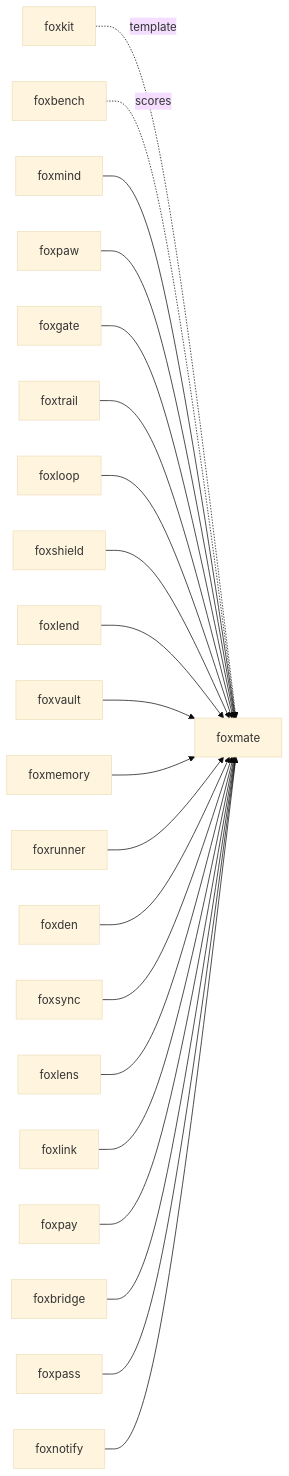
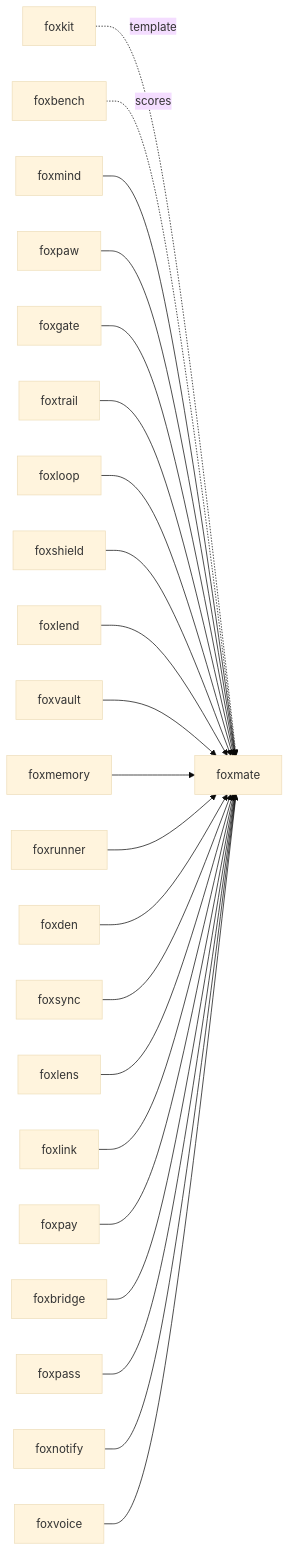
Before and after one commit to pooriaarab/foxmate: the third of 3 diagrams in README.md, drawn with Mermaid (base theme). The commit also changed other lines of this file and 16 other files, not shown here.

````diff
--- a/README.md
+++ b/README.md
@@ -470,44 +488,46 @@
 ```mermaid
 flowchart LR
   foxkit[foxkit] -.->|template| foxmate
   foxbench[foxbench] -.->|scores| foxmate
   foxmind[foxmind] --> foxmate[foxmate]
   foxpaw[foxpaw] --> foxmate
   foxgate[foxgate] --> foxmate
   foxtrail[foxtrail] --> foxmate
   foxloop[foxloop] --> foxmate
   foxshield[foxshield] --> foxmate
   foxlend[foxlend] --> foxmate
   foxvault[foxvault] --> foxmate
   foxmemory[foxmemory] --> foxmate
   foxrunner[foxrunner] --> foxmate
   foxden[foxden] --> foxmate
   foxsync[foxsync] --> foxmate
   foxlens[foxlens] --> foxmate
   foxlink[foxlink] --> foxmate
   foxpay[foxpay] --> foxmate
   foxbridge[foxbridge] --> foxmate
   foxpass[foxpass] --> foxmate
   foxnotify[foxnotify] --> foxmate
+  foxvoice[foxvoice] --> foxmate
   click foxkit "https://github.com/pooriaarab/foxkit"
   click foxbench "https://github.com/pooriaarab/foxbench"
   click foxmind "https://github.com/pooriaarab/foxmind"
   click foxpaw "https://github.com/pooriaarab/foxpaw"
   click foxgate "https://github.com/pooriaarab/foxgate"
   click foxtrail "https://github.com/pooriaarab/foxtrail"
   click foxloop "https://github.com/pooriaarab/foxloop"
   click foxshield "https://github.com/pooriaarab/foxshield"
   click foxlend "https://github.com/pooriaarab/foxlend"
   click foxvault "https://github.com/pooriaarab/foxvault"
   click foxmemory "https://github.com/pooriaarab/foxmemory"
   click foxrunner "https://github.com/pooriaarab/foxrunner"
   click foxden "https://github.com/pooriaarab/foxden"
   click foxsync "https://github.com/pooriaarab/foxsync"
   click foxlens "https://github.com/pooriaarab/foxlens"
   click foxlink "https://github.com/pooriaarab/foxlink"
   click foxpay "https://github.com/pooriaarab/foxpay"
   click foxbridge "https://github.com/pooriaarab/foxbridge"
   click foxpass "https://github.com/pooriaarab/foxpass"
   click foxnotify "https://github.com/pooriaarab/foxnotify"
+  click foxvoice "https://github.com/pooriaarab/foxvoice"
   click foxmate "https://github.com/pooriaarab/foxmate"
 ```
````
